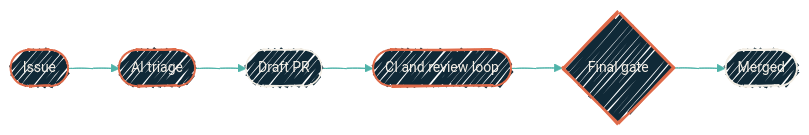
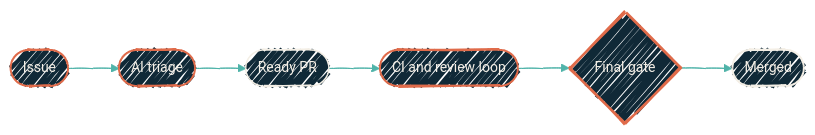
One commit to dryvist/docs changed the diagram in automation/overview.mdx. Above: the diagram before and after it, drawn with Mermaid. The commit also changed other lines of this file and 23 other files, not shown here.

````diff
--- a/automation/overview.mdx
+++ b/automation/overview.mdx
@@ -18,25 +18,25 @@
 ```mermaid
 %%{init:
   {'theme':'base','look':'handDrawn','themeVariables':{'fontFamily':'Geist','fontSize':'14px','primaryColor':'#102937','primaryTextColor':'#F4EFE6','primaryBorderColor':'#4FB3A9','lineColor':'#4FB3A9','secondaryColor':'#0B1D2A','tertiaryColor':'#1A2A38','clusterBkg':'rgba(79,179,169,0.08)','clusterBorder':'#4FB3A9'}}}%%
   flowchart LR
   I([Issue])
   T([AI triage])
-  D([Draft PR])
+  D([Ready PR])
   L([CI and review loop])
   G{Final gate}
   M([Merged])
 
   I --> T --> D --> L --> G --> M
 
   classDef src      fill:#102937,stroke:#E06B4A,stroke-width:2px,color:#F4EFE6;
   classDef ai       fill:#102937,stroke:#E06B4A,stroke-width:2px,color:#F4EFE6;
   classDef auto     fill:#102937,stroke:#F4EFE6,stroke-width:1.5px,color:#F4EFE6;
   classDef gate     fill:#102937,stroke:#E06B4A,stroke-width:2.5px,color:#F4EFE6;
   classDef sink     fill:#102937,stroke:#F4EFE6,stroke-width:2px,color:#F4EFE6;
 
   class I src
   class T,L ai
   class D auto
   class G gate
   class M sink
 ```
````
